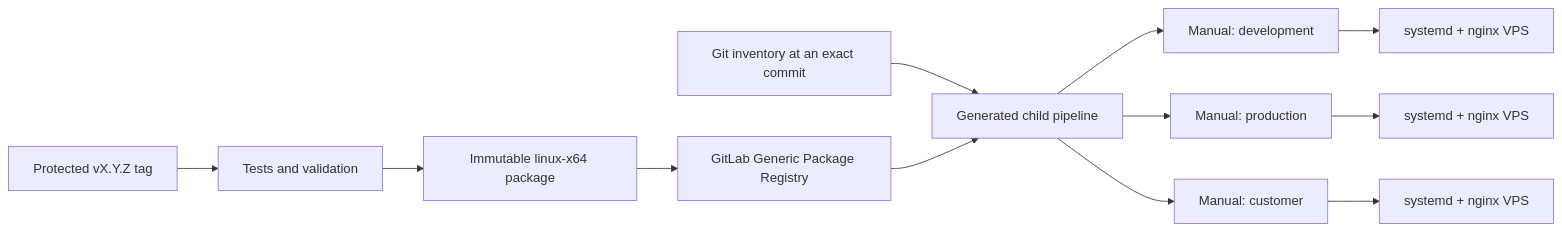
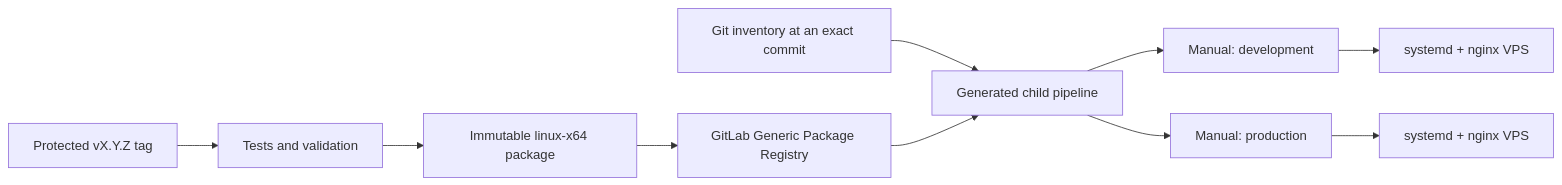
The diagram in docs/system/designs/multi-environment-application-delivery-design.md (Laczynski/Laczynski.ChangeMe), drawn with Mermaid before and after one commit. The commit also changed other lines of this file and 12 other files, not shown here.

````diff
--- a/docs/system/designs/multi-environment-application-delivery-design.md
+++ b/docs/system/designs/multi-environment-application-delivery-design.md
@@ -23,14 +23,12 @@
 ```mermaid
 flowchart LR
   Tag[Protected vX.Y.Z tag] --> Verify[Tests and validation]
   Verify --> Package[Immutable linux-x64 package]
   Package --> Registry[GitLab Generic Package Registry]
   Inventory[Git inventory at an exact commit] --> Plan[Generated child pipeline]
   Registry --> Plan
   Plan --> Dev[Manual: development]
   Plan --> Prod[Manual: production]
-  Plan --> Customer[Manual: customer]
   Dev --> VPS1[systemd + nginx VPS]
   Prod --> VPS2[systemd + nginx VPS]
-  Customer --> VPS3[systemd + nginx VPS]
 ```
````
